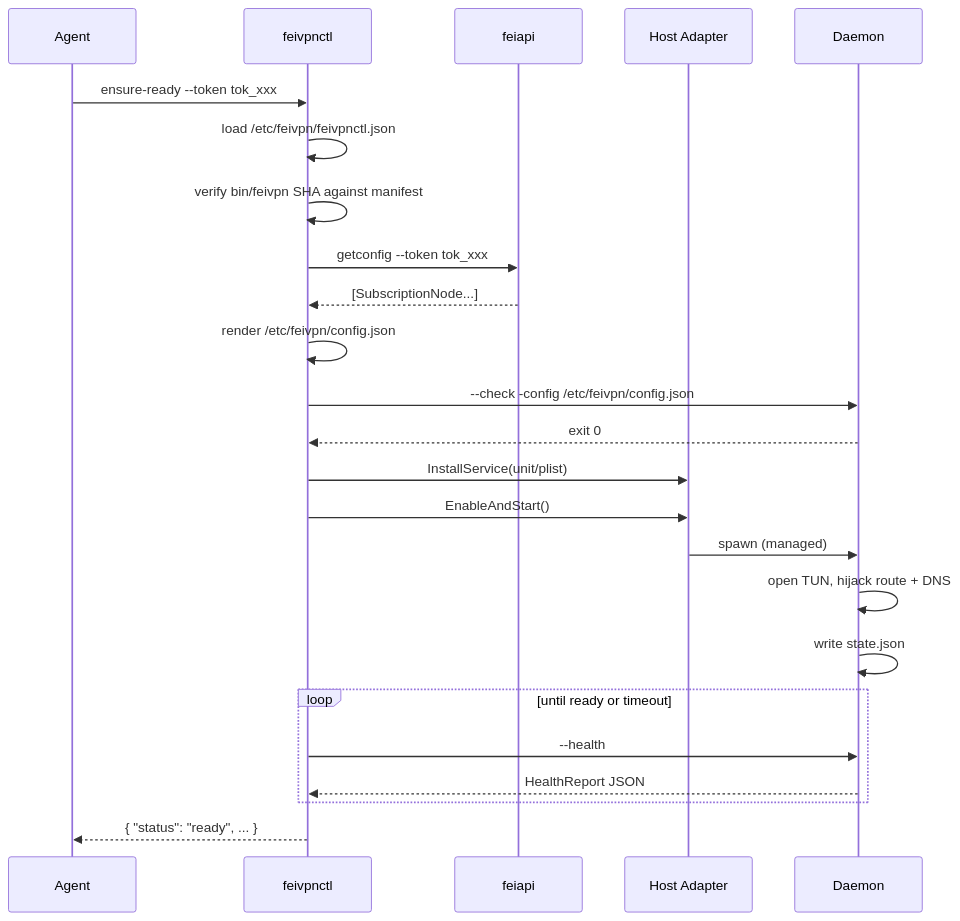
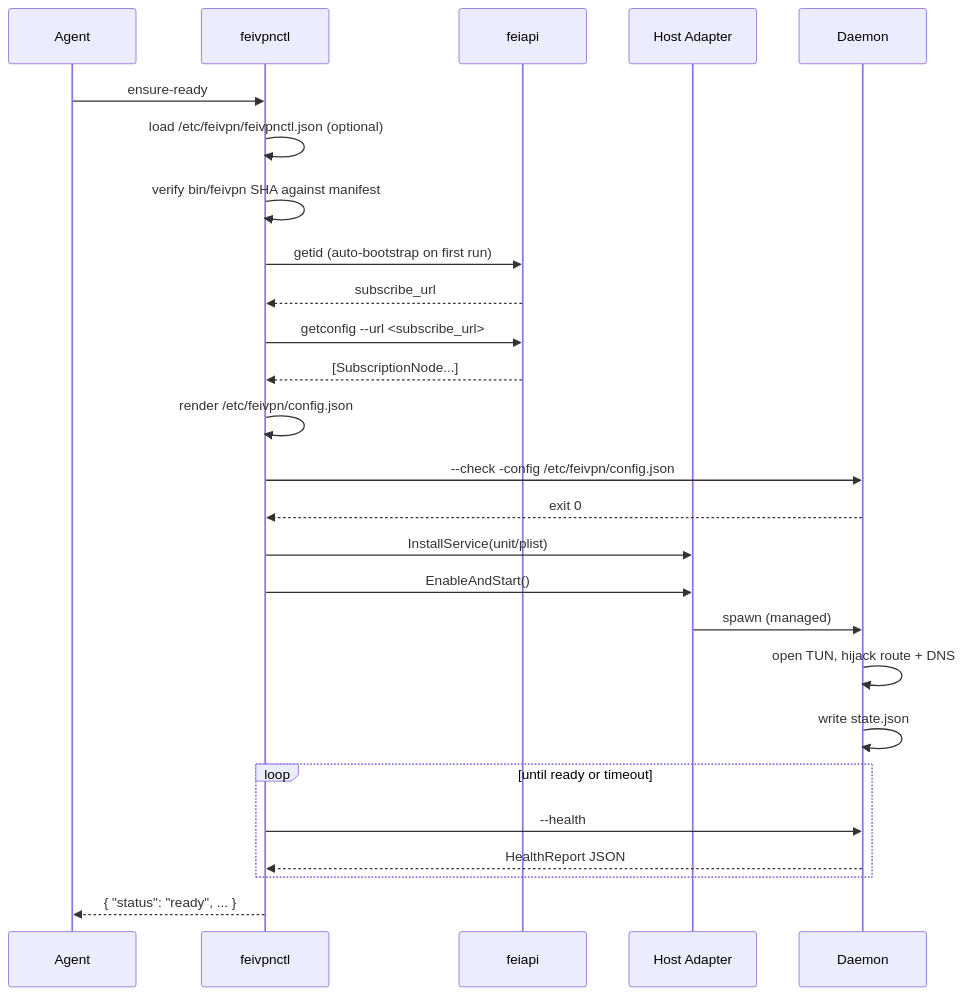
One commit to feivpn/feivpn-runtime changed the diagram in docs/architecture.md. Above: the diagram before and after it, drawn with Mermaid. The commit also changed 16 other files, not shown here.

````diff
--- a/docs/architecture.md
+++ b/docs/architecture.md
@@ -63,27 +63,29 @@
 ```mermaid
 sequenceDiagram
   participant Agent
   participant feivpnctl
   participant feiapi
   participant Adapter as Host Adapter
   participant feivpn as Daemon
 
-  Agent->>feivpnctl: ensure-ready --token tok_xxx
-  feivpnctl->>feivpnctl: load /etc/feivpn/feivpnctl.json
+  Agent->>feivpnctl: ensure-ready
+  feivpnctl->>feivpnctl: load /etc/feivpn/feivpnctl.json (optional)
   feivpnctl->>feivpnctl: verify bin/feivpn SHA against manifest
-  feivpnctl->>feiapi: getconfig --token tok_xxx
+  feivpnctl->>feiapi: getid (auto-bootstrap on first run)
+  feiapi-->>feivpnctl: subscribe_url
+  feivpnctl->>feiapi: getconfig --url <subscribe_url>
   feiapi-->>feivpnctl: [SubscriptionNode...]
   feivpnctl->>feivpnctl: render /etc/feivpn/config.json
   feivpnctl->>feivpn: --check -config /etc/feivpn/config.json
   feivpn-->>feivpnctl: exit 0
   feivpnctl->>Adapter: InstallService(unit/plist)
   feivpnctl->>Adapter: EnableAndStart()
   Adapter->>feivpn: spawn (managed)
   feivpn->>feivpn: open TUN, hijack route + DNS
   feivpn->>feivpn: write state.json
   loop until ready or timeout
     feivpnctl->>feivpn: --health
     feivpn-->>feivpnctl: HealthReport JSON
   end
   feivpnctl-->>Agent: { "status": "ready", ... }
 ```
````
